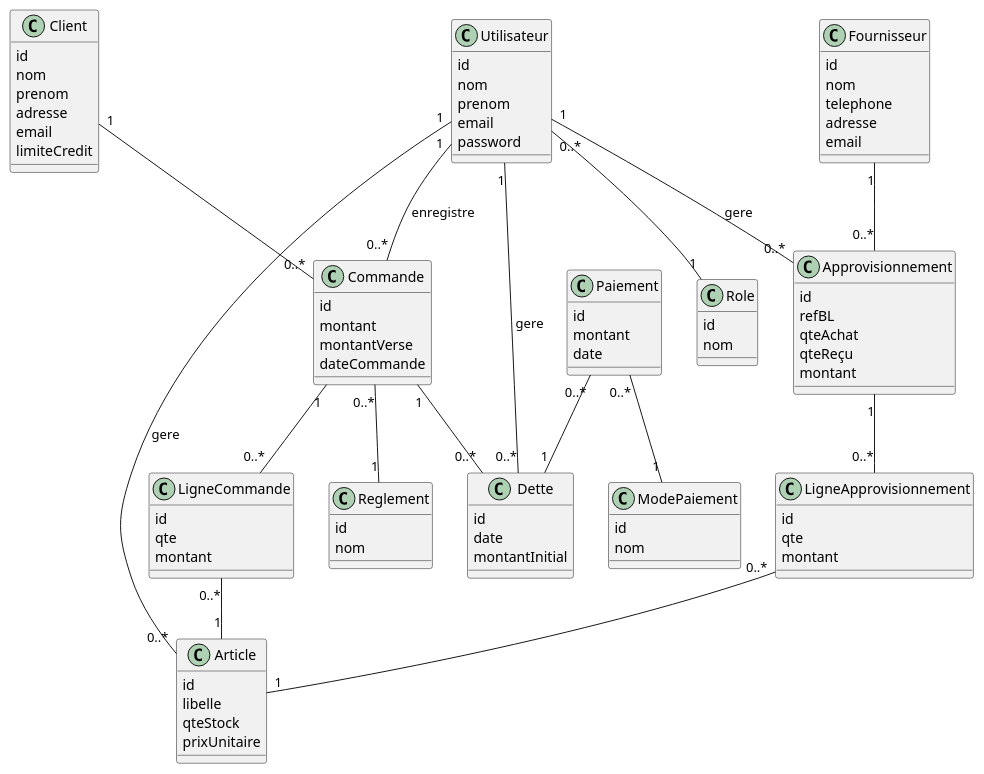
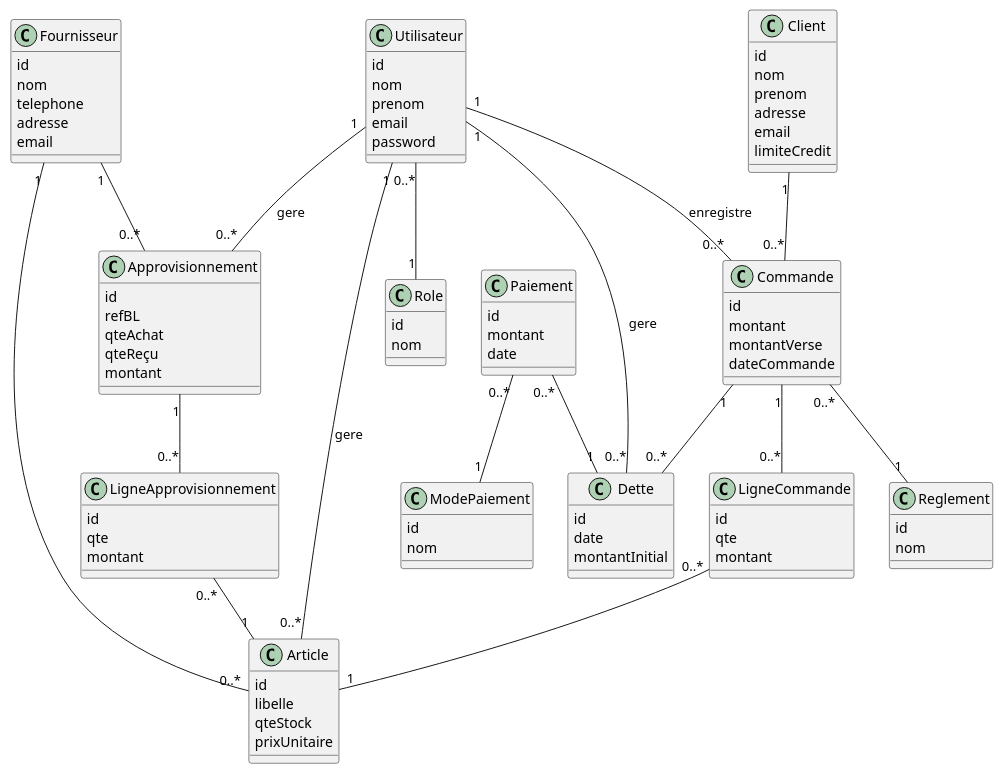
The diagram in docs/DiagrammeClasse.wsd (Assane-AL-Sudais-23/Store_Manager_Pro), drawn with PlantUML before and after one commit. The commit also changed 16 other files, not shown here.

```diff
--- a/docs/DiagrammeClasse.wsd
+++ b/docs/DiagrammeClasse.wsd
@@ -1,106 +1,107 @@
 @startuml Diagramme de Classe Store Manager 
 
     class Client {
         id
         nom 
         prenom
         adresse
         email 
         limiteCredit
     }
 
     class Commande {
         id
         montant
         montantVerse
         dateCommande
     }
 
     class LigneCommande {
         id 
         qte 
         montant
     }
 
     class Approvisionnement {
         id
         refBL
         qteAchat
         qteReçu
         montant
     }
 
     class Fournisseur {
         id 
         nom
         telephone
         adresse
         email
     }
 
     class Paiement {
         id 
         montant 
         date
     }
 
     class Dette {
         id 
         date 
         montantInitial
     }
 
     class Article {
         id 
         libelle 
         qteStock 
         prixUnitaire
     }
 
     class ModePaiement {
         id 
         nom
     }
 
     class Reglement {
         id 
         nom 
     }
 
     class LigneApprovisionnement {
         id 
         qte 
         montant 
     }
 
     class Utilisateur {
         id 
         nom 
         prenom 
         email 
         password 
     }
 
     class Role {
         id 
         nom
     }
 
 
     Client "1"--"0..*" Commande
     Commande "1"--"0..*" LigneCommande
     Commande "1"--"0..*" Dette
     Commande "0..*"--"1" Reglement
     LigneCommande "0..*"--"1" Article
     Paiement "0..*"--"1" Dette
     Paiement "0..*"--"1" ModePaiement
     Fournisseur "1"--"0..*" Approvisionnement
+    Fournisseur "1"--"0..*" Article
     Approvisionnement "1"--"0..*" LigneApprovisionnement
     LigneApprovisionnement "0..*"--"1" Article
     Utilisateur "0..*"--"1" Role
     Utilisateur "1"--"0..*" Commande : enregistre
     Utilisateur "1"--"0..*" Dette : gere
     Utilisateur "1"--"0..*" Approvisionnement : gere
     Utilisateur "1"--"0..*" Article : gere
 
 @enduml
```
